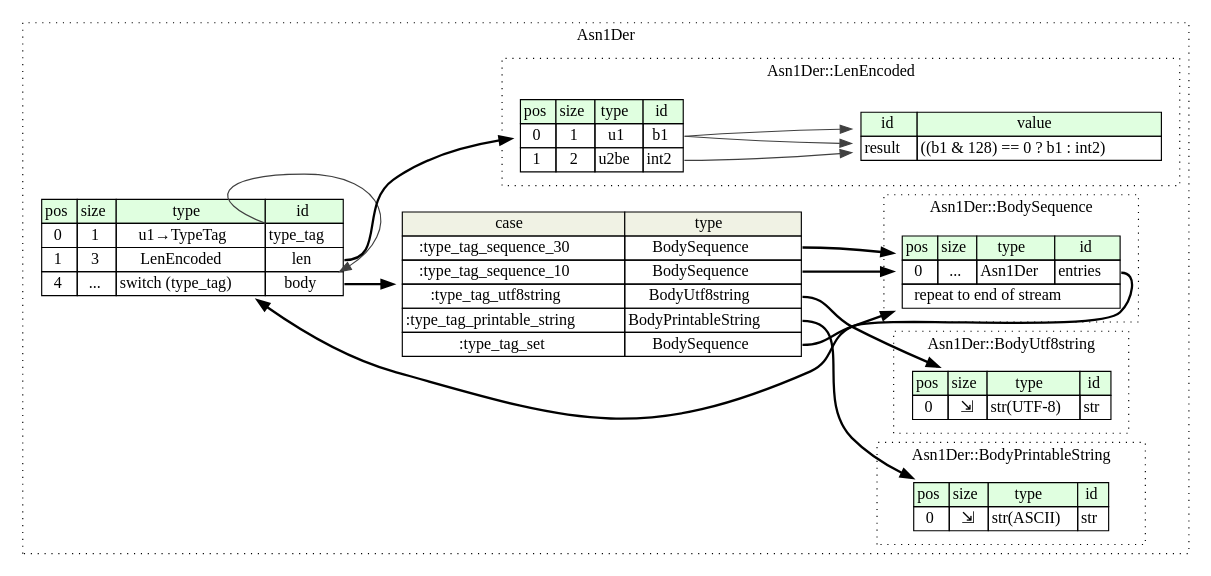
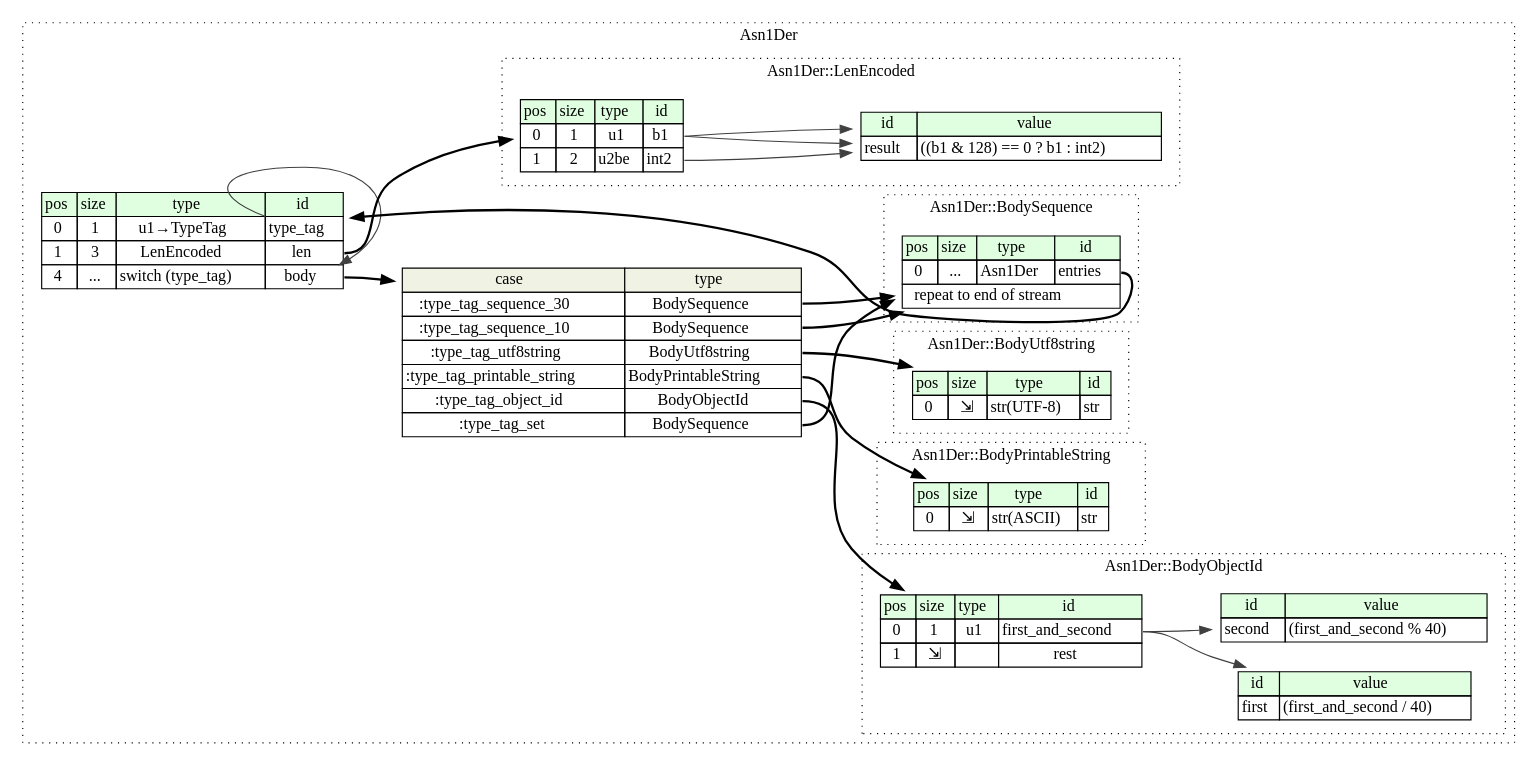
The diagram in asn1_der/src/graphviz/asn1_der.dot (kaitai-io/formats-kaitai-io.github.io), drawn with Graphviz before and after one commit. The commit also changed 21 other files, not shown here.

```diff
--- a/asn1_der/src/graphviz/asn1_der.dot
+++ b/asn1_der/src/graphviz/asn1_der.dot
@@ -1,77 +1,99 @@
 digraph {
 	rankdir=LR;
 	node [shape=plaintext];
 	subgraph cluster__asn1_der {
 		label="Asn1Der";
 		graph[style=dotted];
 
 		asn1_der__seq [label=<<TABLE BORDER="0" CELLBORDER="1" CELLSPACING="0">
 			<TR><TD BGCOLOR="#E0FFE0">pos</TD><TD BGCOLOR="#E0FFE0">size</TD><TD BGCOLOR="#E0FFE0">type</TD><TD BGCOLOR="#E0FFE0">id</TD></TR>
 			<TR><TD PORT="type_tag_pos">0</TD><TD PORT="type_tag_size">1</TD><TD>u1→TypeTag</TD><TD PORT="type_tag_type">type_tag</TD></TR>
 			<TR><TD PORT="len_pos">1</TD><TD PORT="len_size">3</TD><TD>LenEncoded</TD><TD PORT="len_type">len</TD></TR>
 			<TR><TD PORT="body_pos">4</TD><TD PORT="body_size">...</TD><TD>switch (type_tag)</TD><TD PORT="body_type">body</TD></TR>
 		</TABLE>>];
 asn1_der__seq_body_switch [label=<<TABLE BORDER="0" CELLBORDER="1" CELLSPACING="0">
 	<TR><TD BGCOLOR="#F0F2E4">case</TD><TD BGCOLOR="#F0F2E4">type</TD></TR>
 	<TR><TD>:type_tag_sequence_30</TD><TD PORT="case0">BodySequence</TD></TR>
 	<TR><TD>:type_tag_sequence_10</TD><TD PORT="case1">BodySequence</TD></TR>
 	<TR><TD>:type_tag_utf8string</TD><TD PORT="case2">BodyUtf8string</TD></TR>
 	<TR><TD>:type_tag_printable_string</TD><TD PORT="case3">BodyPrintableString</TD></TR>
-	<TR><TD>:type_tag_set</TD><TD PORT="case4">BodySequence</TD></TR>
+	<TR><TD>:type_tag_object_id</TD><TD PORT="case4">BodyObjectId</TD></TR>
+	<TR><TD>:type_tag_set</TD><TD PORT="case5">BodySequence</TD></TR>
 </TABLE>>];
-		subgraph cluster__len_encoded {
-			label="Asn1Der::LenEncoded";
-			graph[style=dotted];
-
-			len_encoded__seq [label=<<TABLE BORDER="0" CELLBORDER="1" CELLSPACING="0">
-				<TR><TD BGCOLOR="#E0FFE0">pos</TD><TD BGCOLOR="#E0FFE0">size</TD><TD BGCOLOR="#E0FFE0">type</TD><TD BGCOLOR="#E0FFE0">id</TD></TR>
-				<TR><TD PORT="b1_pos">0</TD><TD PORT="b1_size">1</TD><TD>u1</TD><TD PORT="b1_type">b1</TD></TR>
-				<TR><TD PORT="int2_pos">1</TD><TD PORT="int2_size">2</TD><TD>u2be</TD><TD PORT="int2_type">int2</TD></TR>
-			</TABLE>>];
-			len_encoded__inst__result [label=<<TABLE BORDER="0" CELLBORDER="1" CELLSPACING="0">
-				<TR><TD BGCOLOR="#E0FFE0">id</TD><TD BGCOLOR="#E0FFE0">value</TD></TR>
-				<TR><TD>result</TD><TD>((b1 &amp; 128) == 0 ? b1 : int2)</TD></TR>
-			</TABLE>>];
-		}
 		subgraph cluster__body_sequence {
 			label="Asn1Der::BodySequence";
 			graph[style=dotted];
 
 			body_sequence__seq [label=<<TABLE BORDER="0" CELLBORDER="1" CELLSPACING="0">
 				<TR><TD BGCOLOR="#E0FFE0">pos</TD><TD BGCOLOR="#E0FFE0">size</TD><TD BGCOLOR="#E0FFE0">type</TD><TD BGCOLOR="#E0FFE0">id</TD></TR>
 				<TR><TD PORT="entries_pos">0</TD><TD PORT="entries_size">...</TD><TD>Asn1Der</TD><TD PORT="entries_type">entries</TD></TR>
 				<TR><TD COLSPAN="4" PORT="entries__repeat">repeat to end of stream</TD></TR>
 			</TABLE>>];
 		}
 		subgraph cluster__body_utf8string {
 			label="Asn1Der::BodyUtf8string";
 			graph[style=dotted];
 
 			body_utf8string__seq [label=<<TABLE BORDER="0" CELLBORDER="1" CELLSPACING="0">
 				<TR><TD BGCOLOR="#E0FFE0">pos</TD><TD BGCOLOR="#E0FFE0">size</TD><TD BGCOLOR="#E0FFE0">type</TD><TD BGCOLOR="#E0FFE0">id</TD></TR>
 				<TR><TD PORT="str_pos">0</TD><TD PORT="str_size">⇲</TD><TD>str(UTF-8)</TD><TD PORT="str_type">str</TD></TR>
 			</TABLE>>];
 		}
+		subgraph cluster__body_object_id {
+			label="Asn1Der::BodyObjectId";
+			graph[style=dotted];
+
+			body_object_id__seq [label=<<TABLE BORDER="0" CELLBORDER="1" CELLSPACING="0">
+				<TR><TD BGCOLOR="#E0FFE0">pos</TD><TD BGCOLOR="#E0FFE0">size</TD><TD BGCOLOR="#E0FFE0">type</TD><TD BGCOLOR="#E0FFE0">id</TD></TR>
+				<TR><TD PORT="first_and_second_pos">0</TD><TD PORT="first_and_second_size">1</TD><TD>u1</TD><TD PORT="first_and_second_type">first_and_second</TD></TR>
+				<TR><TD PORT="rest_pos">1</TD><TD PORT="rest_size">⇲</TD><TD></TD><TD PORT="rest_type">rest</TD></TR>
+			</TABLE>>];
+			body_object_id__inst__first [label=<<TABLE BORDER="0" CELLBORDER="1" CELLSPACING="0">
+				<TR><TD BGCOLOR="#E0FFE0">id</TD><TD BGCOLOR="#E0FFE0">value</TD></TR>
+				<TR><TD>first</TD><TD>(first_and_second / 40)</TD></TR>
+			</TABLE>>];
+			body_object_id__inst__second [label=<<TABLE BORDER="0" CELLBORDER="1" CELLSPACING="0">
+				<TR><TD BGCOLOR="#E0FFE0">id</TD><TD BGCOLOR="#E0FFE0">value</TD></TR>
+				<TR><TD>second</TD><TD>(first_and_second % 40)</TD></TR>
+			</TABLE>>];
+		}
+		subgraph cluster__len_encoded {
+			label="Asn1Der::LenEncoded";
+			graph[style=dotted];
+
+			len_encoded__seq [label=<<TABLE BORDER="0" CELLBORDER="1" CELLSPACING="0">
+				<TR><TD BGCOLOR="#E0FFE0">pos</TD><TD BGCOLOR="#E0FFE0">size</TD><TD BGCOLOR="#E0FFE0">type</TD><TD BGCOLOR="#E0FFE0">id</TD></TR>
+				<TR><TD PORT="b1_pos">0</TD><TD PORT="b1_size">1</TD><TD>u1</TD><TD PORT="b1_type">b1</TD></TR>
+				<TR><TD PORT="int2_pos">1</TD><TD PORT="int2_size">2</TD><TD>u2be</TD><TD PORT="int2_type">int2</TD></TR>
+			</TABLE>>];
+			len_encoded__inst__result [label=<<TABLE BORDER="0" CELLBORDER="1" CELLSPACING="0">
+				<TR><TD BGCOLOR="#E0FFE0">id</TD><TD BGCOLOR="#E0FFE0">value</TD></TR>
+				<TR><TD>result</TD><TD>((b1 &amp; 128) == 0 ? b1 : int2)</TD></TR>
+			</TABLE>>];
+		}
 		subgraph cluster__body_printable_string {
 			label="Asn1Der::BodyPrintableString";
 			graph[style=dotted];
 
 			body_printable_string__seq [label=<<TABLE BORDER="0" CELLBORDER="1" CELLSPACING="0">
 				<TR><TD BGCOLOR="#E0FFE0">pos</TD><TD BGCOLOR="#E0FFE0">size</TD><TD BGCOLOR="#E0FFE0">type</TD><TD BGCOLOR="#E0FFE0">id</TD></TR>
 				<TR><TD PORT="str_pos">0</TD><TD PORT="str_size">⇲</TD><TD>str(ASCII)</TD><TD PORT="str_type">str</TD></TR>
 			</TABLE>>];
 		}
 	}
 	asn1_der__seq:len_type -> len_encoded__seq [style=bold];
 	asn1_der__seq:body_type -> asn1_der__seq_body_switch [style=bold];
 	asn1_der__seq_body_switch:case0 -> body_sequence__seq [style=bold];
 	asn1_der__seq_body_switch:case1 -> body_sequence__seq [style=bold];
 	asn1_der__seq_body_switch:case2 -> body_utf8string__seq [style=bold];
 	asn1_der__seq_body_switch:case3 -> body_printable_string__seq [style=bold];
-	asn1_der__seq_body_switch:case4 -> body_sequence__seq [style=bold];
+	asn1_der__seq_body_switch:case4 -> body_object_id__seq [style=bold];
+	asn1_der__seq_body_switch:case5 -> body_sequence__seq [style=bold];
 	asn1_der__seq:type_tag_type -> asn1_der__seq:body_type [color="#404040"];
+	body_sequence__seq:entries_type -> asn1_der__seq [style=bold];
+	body_object_id__seq:first_and_second_type -> body_object_id__inst__first [color="#404040"];
+	body_object_id__seq:first_and_second_type -> body_object_id__inst__second [color="#404040"];
 	len_encoded__seq:b1_type -> len_encoded__inst__result [color="#404040"];
 	len_encoded__seq:b1_type -> len_encoded__inst__result [color="#404040"];
 	len_encoded__seq:int2_type -> len_encoded__inst__result [color="#404040"];
-	body_sequence__seq:entries_type -> asn1_der__seq [style=bold];
 }
```
